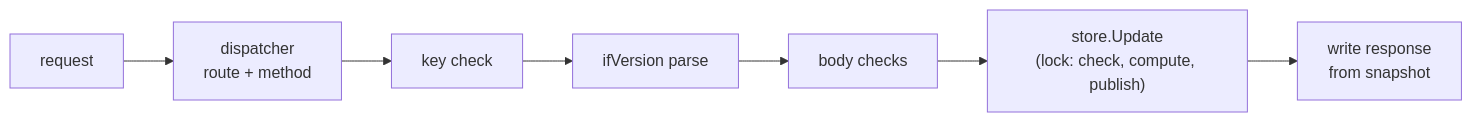
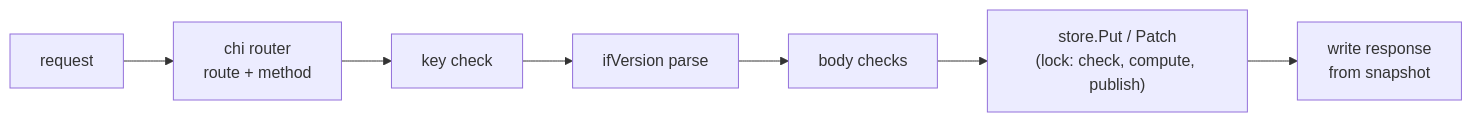
The fourth of 5 diagrams in docs/requirements/key-store-value-single-node/solution.md (akaradat/kv-store), drawn with Mermaid before and after one commit. The commit also changed other lines of this file and 69 other files, not shown here.

````diff
--- a/docs/requirements/key-store-value-single-node/solution.md
+++ b/docs/requirements/key-store-value-single-node/solution.md
@@ -104,9 +105,9 @@
 ```mermaid
 flowchart LR
-    A[request] --> B[dispatcher<br/>route + method]
+    A[request] --> B[chi router<br/>route + method]
     B --> C[key check]
     C --> D[ifVersion parse]
     D --> F[body checks]
-    F --> G["store.Update<br/>(lock: check, compute, publish)"]
+    F --> G["store.Put / Patch<br/>(lock: check, compute, publish)"]
     G --> H[write response<br/>from snapshot]
 ```
````
